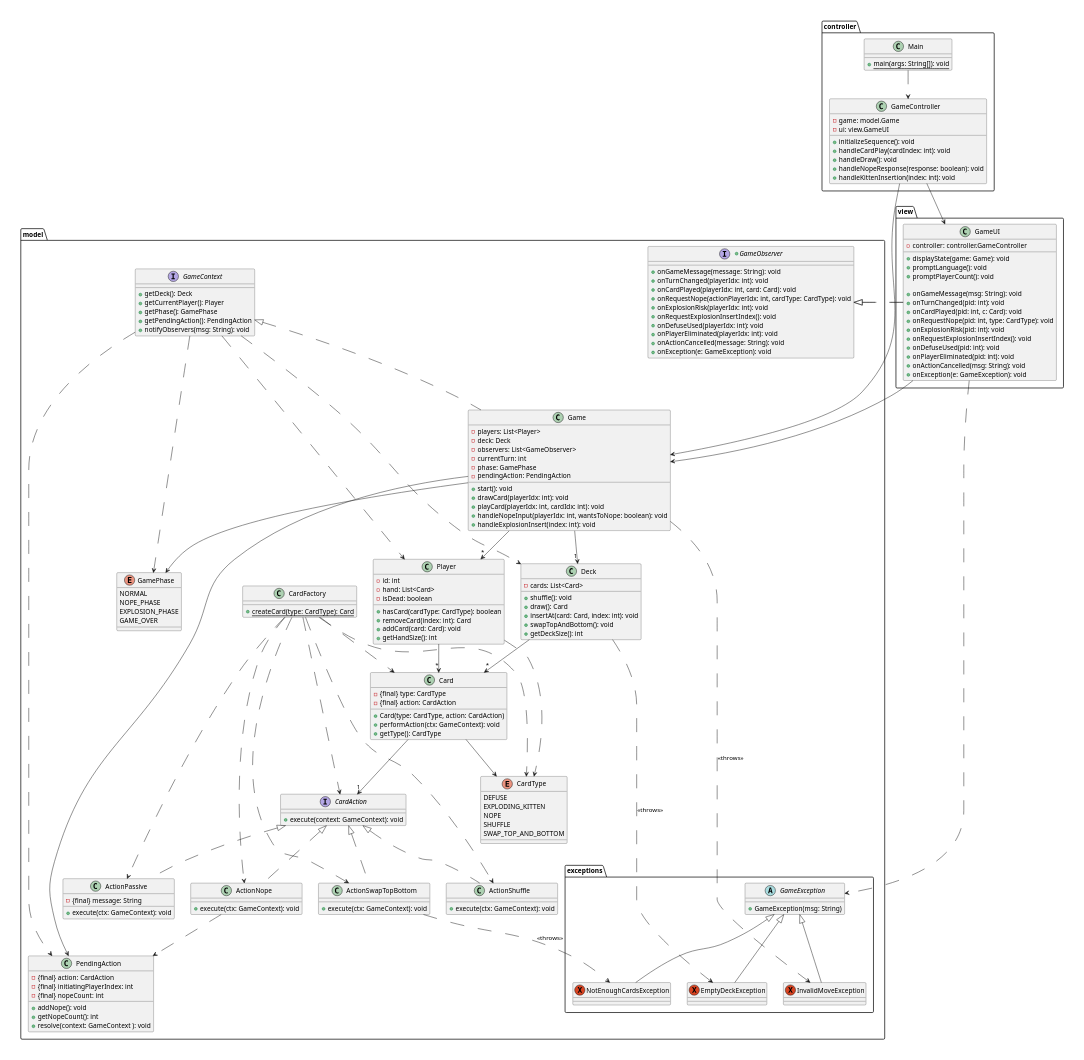
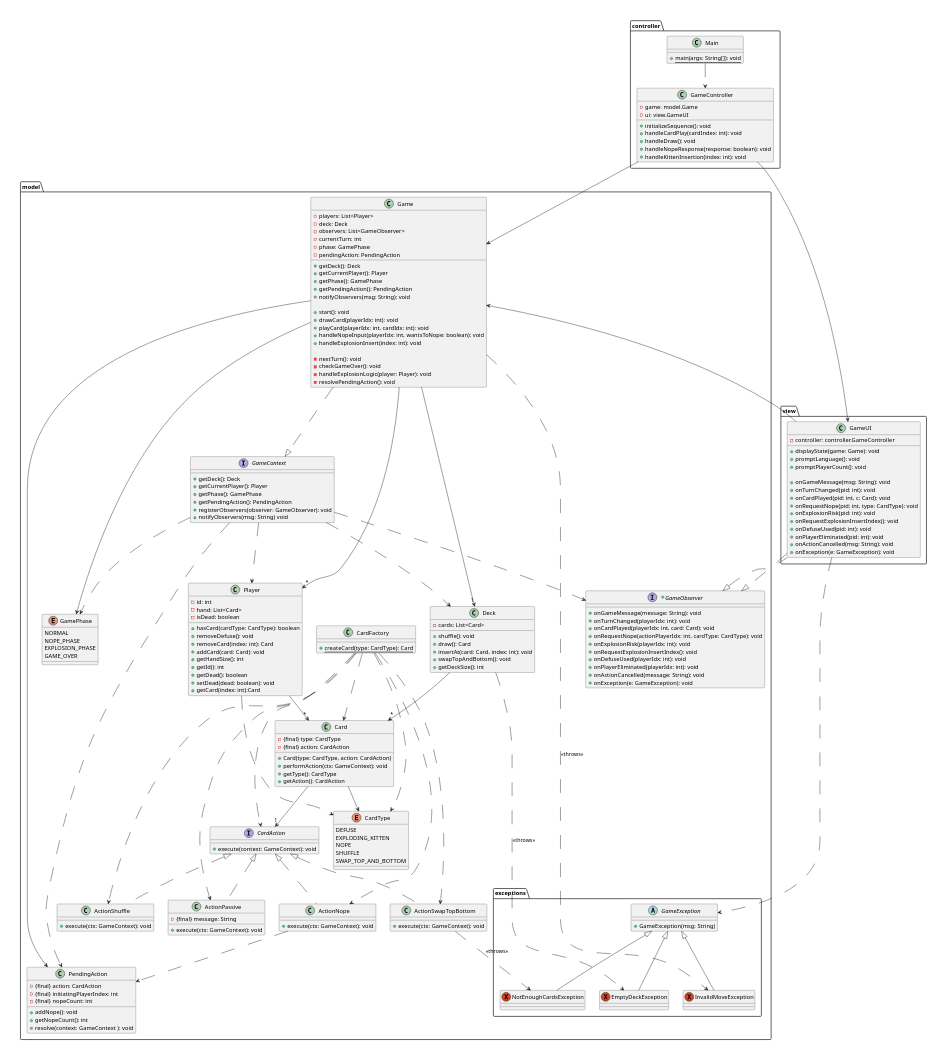
One commit to nu-cs-sw-design/project-20252601-396_final changed the diagram in docs/design/design.puml. Above: the diagram before and after it, drawn with PlantUML. The commit also changed 8 other files, not shown here.

```diff
--- a/docs/design/design.puml
+++ b/docs/design/design.puml
@@ -19,7 +19,8 @@
         +getCurrentPlayer(): Player
         +getPhase(): GamePhase
         +getPendingAction(): PendingAction
-        +notifyObservers(msg: String): void
+        +registerObservers(observer: GameObserver): void
+        +notifyObservers(msg: String) void
     }
 
     interface CardAction {
@@ -49,7 +50,7 @@
         GAME_OVER
     }
 
-    class Game implements GameContext {
+    class Game{
         -players: List<Player>
         -deck: Deck
         -observers: List<GameObserver>
@@ -57,11 +58,22 @@
         -phase: GamePhase
         -pendingAction: PendingAction
 
+        +getDeck(): Deck
+        +getCurrentPlayer(): Player
+        +getPhase(): GamePhase
+        +getPendingAction(): PendingAction
+        +notifyObservers(msg: String): void
+
         +start(): void
         +drawCard(playerIdx: int): void
         +playCard(playerIdx: int, cardIdx: int): void
         +handleNopeInput(playerIdx: int, wantsToNope: boolean): void
         +handleExplosionInsert(index: int): void
+
+        -nextTurn(): void
+        -checkGameOver(): void
+        -handleExplosionLogic(player: Player): void
+        -resolvePendingAction(): void
     }
 
     class Player {
@@ -69,9 +81,14 @@
         -hand: List<Card>
         -isDead: boolean
         +hasCard(cardType: CardType): boolean
+        +removeDefuse(): void
         +removeCard(index: int): Card
         +addCard(card: Card): void
         +getHandSize(): int
+        +getId(): int
+        +getDead(): boolean
+        +setDead(dead: boolean): void
+        +getCard(index: int):Card
     }
 
     class Deck {
@@ -90,6 +107,7 @@
         +Card(type: CardType, action: CardAction)
         +performAction(ctx: GameContext): void
         +getType(): CardType
+        +getAction(): CardAction
     }
 
     enum CardType {
@@ -177,6 +195,7 @@
 model.Game --> "*" model.Player
 model.Game --> model.PendingAction
 model.Game --> model.GamePhase
+model.Game ..|> model.GameContext
 model.Card --> "1" model.CardAction
 model.Card --> model.CardType
 
@@ -206,5 +225,6 @@
 model.GameContext ..> model.Deck
 model.GameContext ..> model.Player
 model.GameContext ..> model.GamePhase
+model.GameContext ..> model.GameObserver
 model.GameContext ..> model.PendingAction
 @enduml
```
